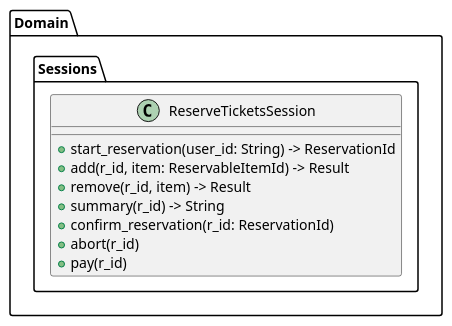
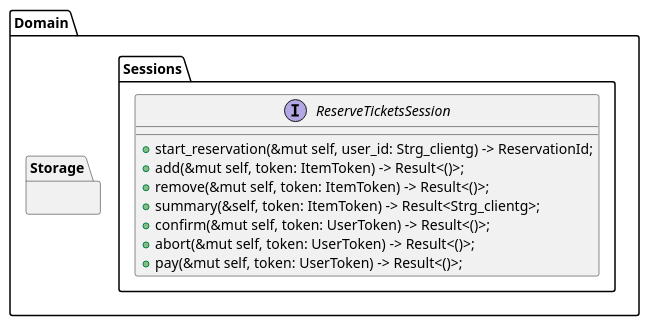
One commit to Deuchier/flight_manager_V1 changed the diagram in doc/design/dcd.puml. Above: the diagram before and after it, drawn with PlantUML. The commit also changed 4 other files, not shown here.

Commit message:
- added start_reservation.puml

```diff
--- a/doc/design/dcd.puml
+++ b/doc/design/dcd.puml
@@ -1,18 +1,21 @@
 @startuml
 
 package Domain {
     package Sessions {
-        class ReserveTicketsSession {
-            +start_reservation(user_id: String) -> ReservationId
-            +add(r_id, item: ReservableItemId) -> Result
-            +remove(r_id, item) -> Result
-            +summary(r_id) -> String
-            +confirm_reservation(r_id: ReservationId)
-            +abort(r_id)
-            +pay(r_id)
+        interface ReserveTicketsSession {
+            +start_reservation(&mut self, user_id: Strg_clientg) -> ReservationId;
+            +add(&mut self, token: ItemToken) -> Result<()>;
+            +remove(&mut self, token: ItemToken) -> Result<()>;
+            +summary(&self, token: ItemToken) -> Result<Strg_clientg>;
+            +confirm(&mut self, token: UserToken) -> Result<()>;
+            +abort(&mut self, token: UserToken) -> Result<()>;
+            +pay(&mut self, token: UserToken) -> Result<()>;
         }
     }
 
+    package Storage {
+
+    }
 }
 
 @enduml
```
